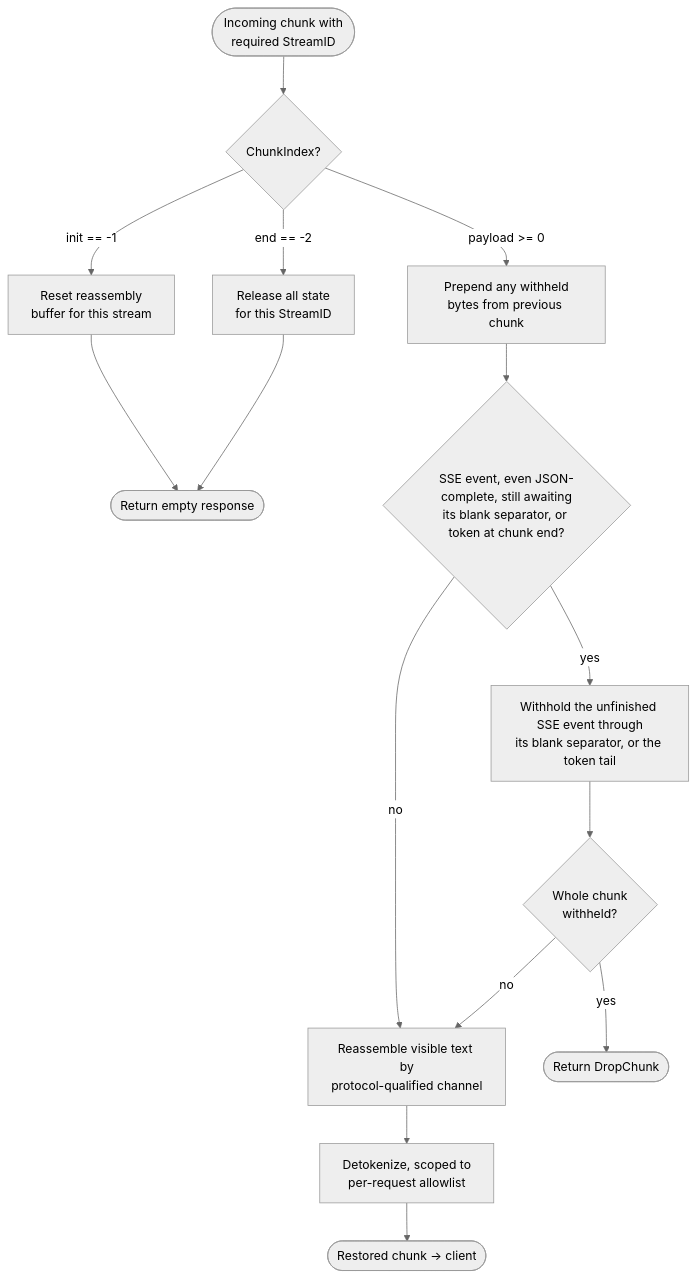
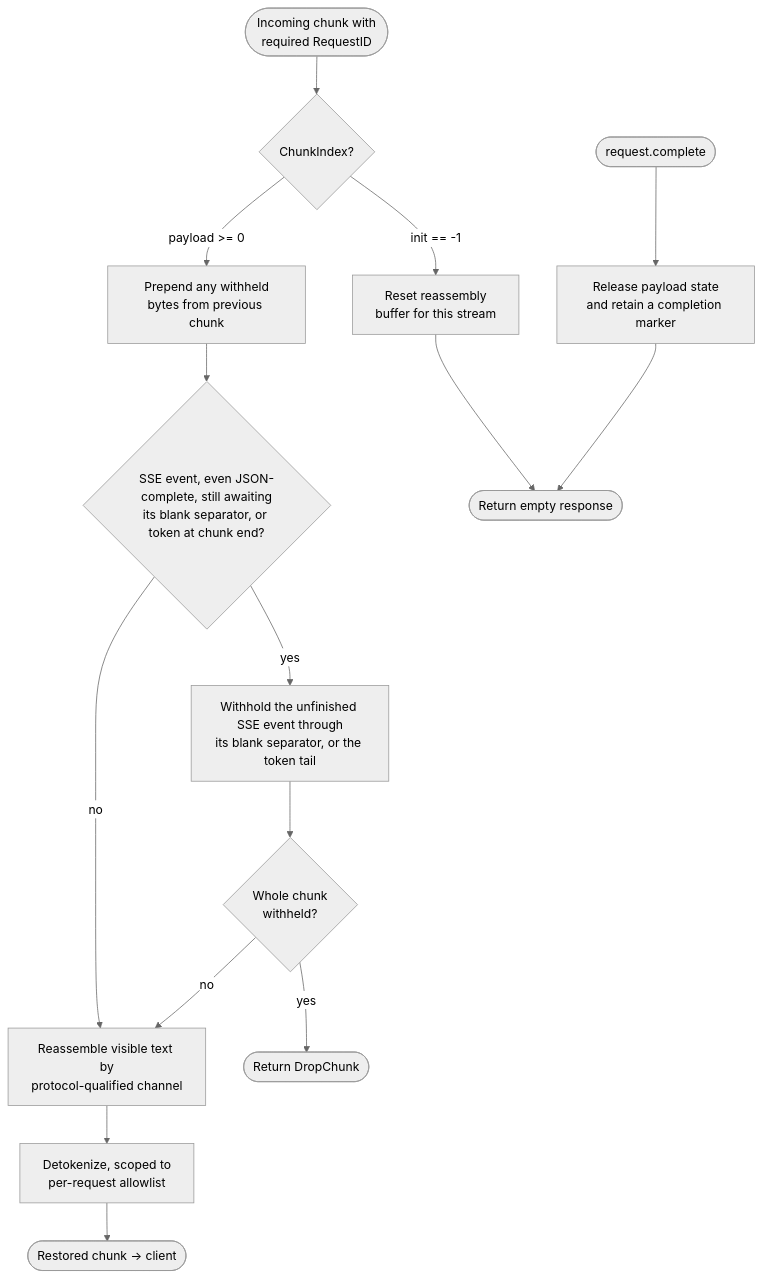
The fourth of 4 diagrams in README.md (jianhongyu136/plugin-privacy-filter), drawn with Mermaid (neutral theme) before and after one commit. The commit also changed other lines of this file and 13 other files, not shown here.

Commit message:
feat: 迁移到主线 schema 5 生命周期

````diff
--- a/README.md
+++ b/README.md
@@ -130,17 +131,17 @@
 ```mermaid
 flowchart TB
-    chunk([Incoming chunk with<br/>required StreamID]) --> init{ChunkIndex?}
+    chunk([Incoming chunk with<br/>required RequestID]) --> init{ChunkIndex?}
     init -->|init == -1| reset[Reset reassembly<br/>buffer for this stream]
     reset --> done([Return empty response])
     init -->|payload >= 0| prepend[Prepend any withheld<br/>bytes from previous chunk]
-    init -->|end == -2| release[Release all state<br/>for this StreamID]
+    complete([request.complete]) --> release[Release payload state<br/>and retain a completion marker]
     release --> done
     prepend --> split{SSE event, even JSON-complete, still awaiting<br/>its blank separator, or token at chunk end?}
     split -->|yes| hold[Withhold the unfinished SSE event through<br/>its blank separator, or the token tail]
     split -->|no| semantic[Reassemble visible text by<br/>protocol-qualified channel]
     hold --> whole{Whole chunk<br/>withheld?}
     whole -->|yes| drop([Return DropChunk])
     whole -->|no| semantic
     semantic --> detok[Detokenize, scoped to<br/>per-request allowlist]
     detok --> emit([Restored chunk → client])
 ```
````
